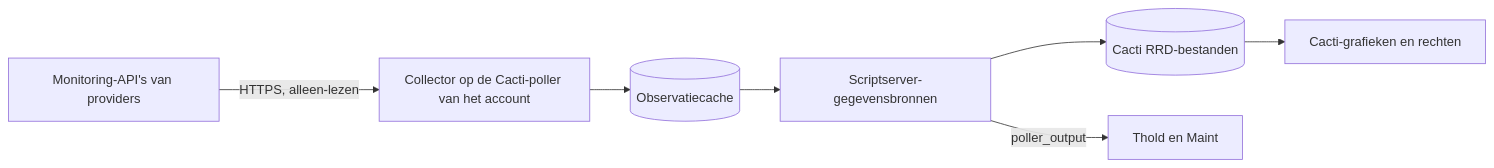
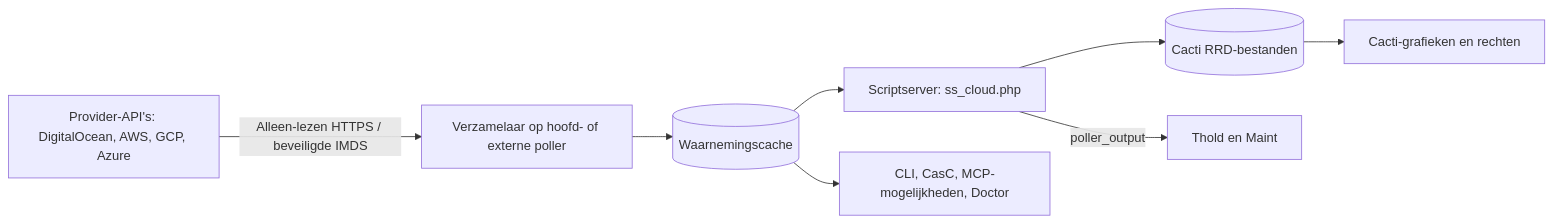
One commit to somethingwithproof/plugin_cloud changed the diagram in docs/i18n/nl-NL/README.md. Above: the diagram before and after it, drawn with Mermaid. The commit also changed other lines of this file and 48 other files, not shown here.

First line of the commit message:
docs(readme): document AWS, GCP, Azure drivers, remote collectors, and ecosystem hooks

````diff
--- a/docs/i18n/nl-NL/README.md
+++ b/docs/i18n/nl-NL/README.md
@@ -110,9 +148,10 @@
 ```mermaid
 flowchart LR
-    API[Monitoring-API's van providers] -->|HTTPS, alleen-lezen| C[Collector op de Cacti-poller van het account]
-    C --> O[(Observatiecache)]
-    O --> SS[Scriptserver-gegevensbronnen]
+    API[Provider-API's: DigitalOcean, AWS, GCP, Azure] -->|Alleen-lezen HTTPS / beveiligde IMDS| C[Verzamelaar op hoofd- of externe poller]
+    C --> O[(Waarnemingscache)]
+    O --> SS[Scriptserver: ss_cloud.php]
     SS --> RRD[(Cacti RRD-bestanden)]
     SS -->|poller_output| T[Thold en Maint]
     RRD --> G[Cacti-grafieken en rechten]
+    O --> ECO[CLI, CasC, MCP-mogelijkheden, Doctor]
 ```
````
